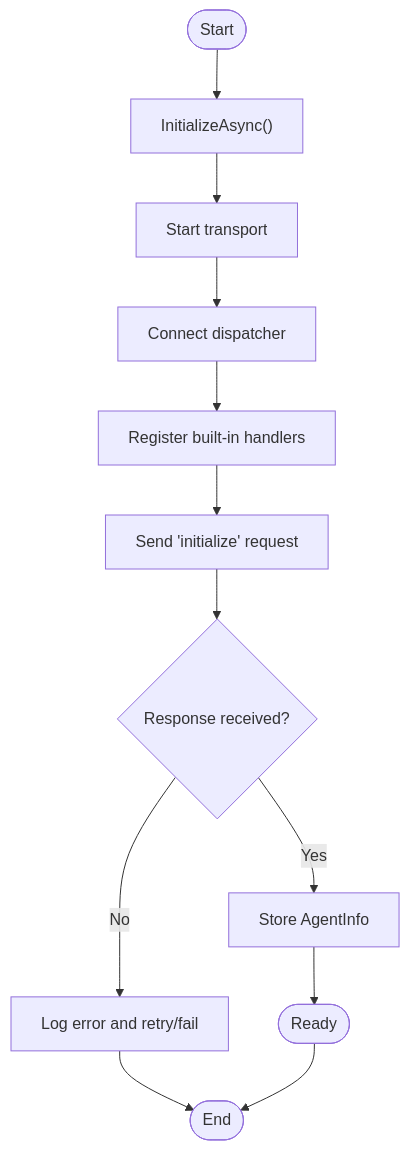
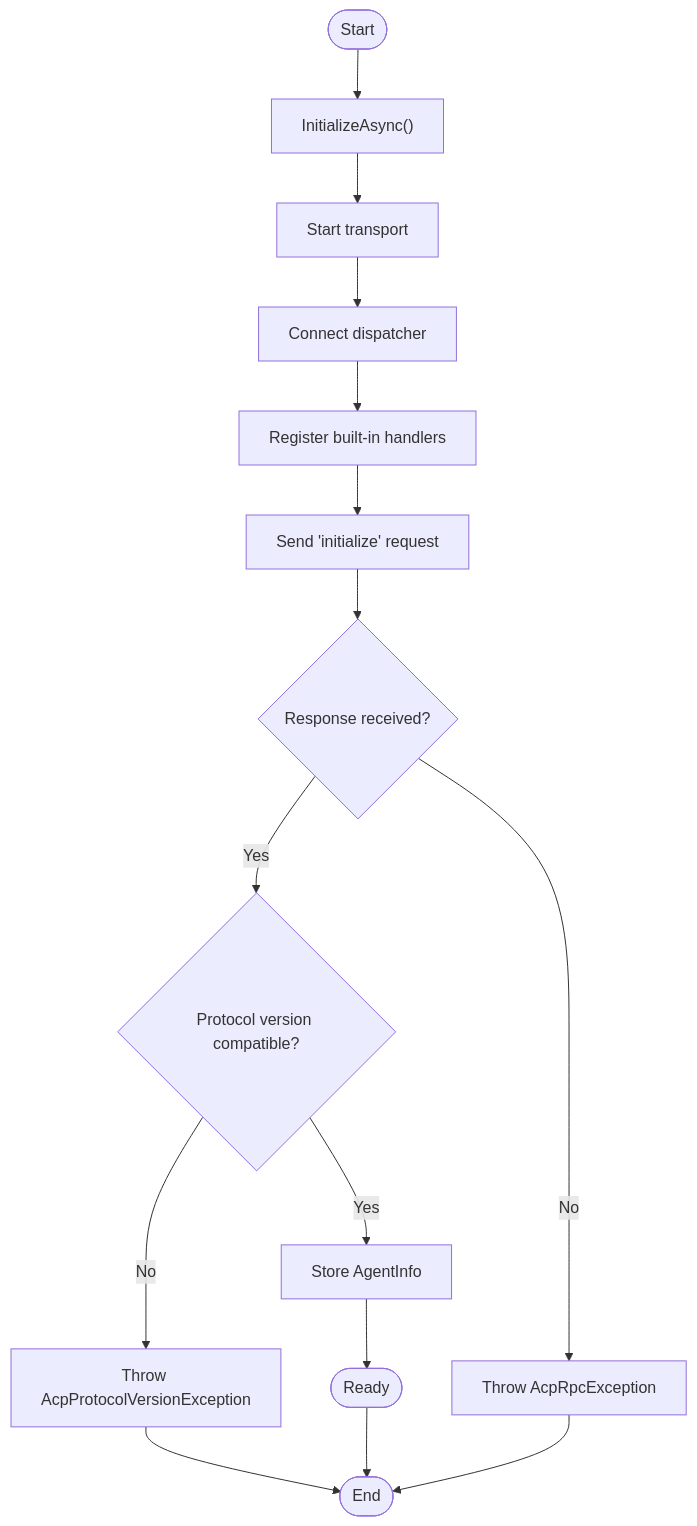
Before and after one commit to AgenticDesktop/ACPLibrary: the fourth of 4 diagrams in .qoder/repowiki/en/content/Troubleshooting Guide.md, drawn with Mermaid. The commit also changed other lines of this file and 59 other files, not shown here.

````diff
--- a/.qoder/repowiki/en/content/Troubleshooting Guide.md
+++ b/.qoder/repowiki/en/content/Troubleshooting Guide.md
@@ -613,14 +751,17 @@
 ```mermaid
 flowchart TD
 Start(["Start"]) --> Init["InitializeAsync()"]
 Init --> StartTransport["Start transport"]
 StartTransport --> ConnectDispatcher["Connect dispatcher"]
 ConnectDispatcher --> RegisterHandlers["Register built-in handlers"]
 RegisterHandlers --> SendInit["Send 'initialize' request"]
 SendInit --> ReceiveResp{"Response received?"}
-ReceiveResp --> |Yes| StoreInfo["Store AgentInfo"]
-ReceiveResp --> |No| Error["Log error and retry/fail"]
+ReceiveResp --> |Yes| CheckVersion{"Protocol version compatible?"}
+CheckVersion --> |No| ThrowVersionEx["Throw AcpProtocolVersionException"]
+CheckVersion --> |Yes| StoreInfo["Store AgentInfo"]
+ReceiveResp --> |No| ThrowRpcEx["Throw AcpRpcException"]
 StoreInfo --> Ready(["Ready"])
-Error --> End(["End"])
+ThrowVersionEx --> End(["End"])
+ThrowRpcEx --> End
 Ready --> End
 ```
````
